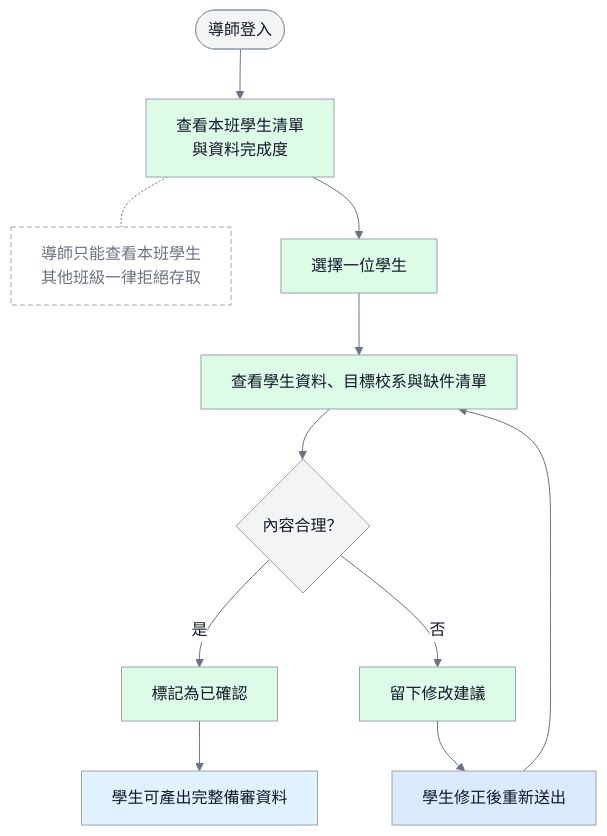
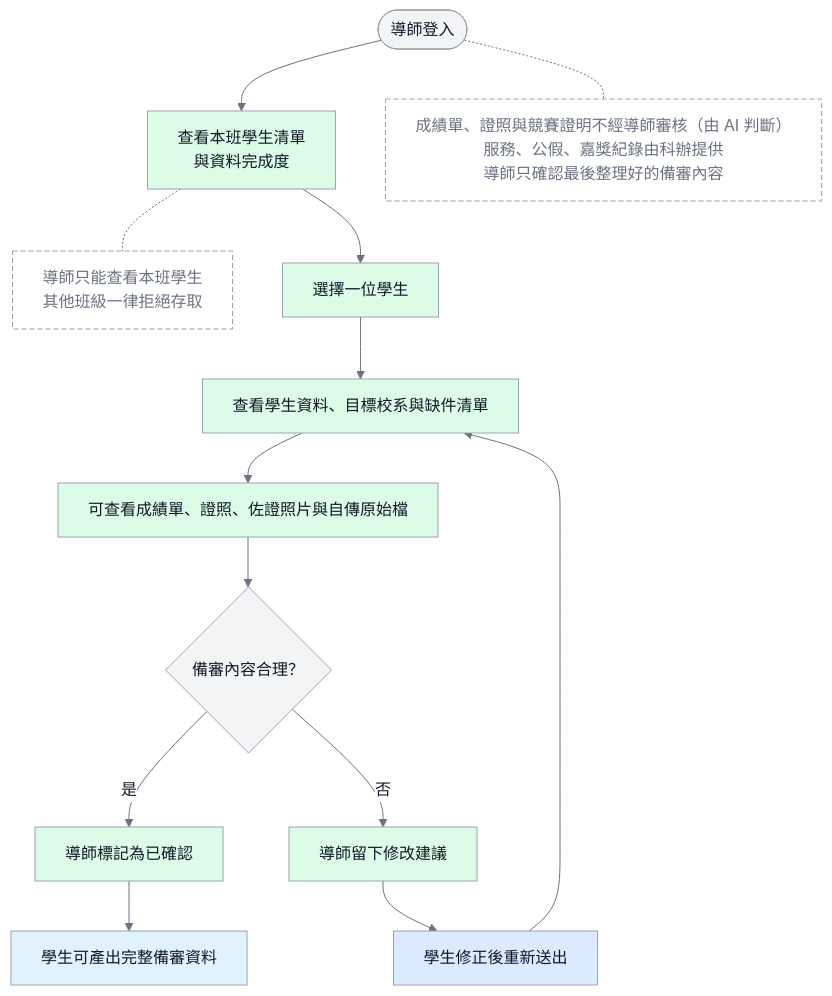
One commit to vujhdcusa/1028 changed the diagram in docs/images/D-16-teacher-confirm-flow.mmd. Above: the diagram before and after it, drawn with Mermaid. The commit also changed 41 other files, not shown here.

First line of the commit message:
docs: update diagrams and spec for department office records and AI feedback

```diff
--- a/docs/images/D-16-teacher-confirm-flow.mmd
+++ b/docs/images/D-16-teacher-confirm-flow.mmd
@@ -1,21 +1,23 @@
 %%{init: {'theme':'base','themeVariables': {'fontFamily':'Microsoft JhengHei, Noto Sans TC, Arial, sans-serif','primaryColor':'#F3F4F6','primaryTextColor':'#111827','primaryBorderColor':'#9CA3AF','lineColor':'#6B7280','edgeLabelBackground':'#FFFFFF'},'flowchart':{'wrappingWidth':400}}}%%
 flowchart TD
     classDef student fill:#DBEAFE,stroke:#9CA3AF,color:#111827,stroke-width:1px;
     classDef teacher fill:#DCFCE7,stroke:#9CA3AF,color:#111827,stroke-width:1px;
     classDef admin fill:#EDE9FE,stroke:#9CA3AF,color:#111827,stroke-width:1px;
     classDef system fill:#E0F2FE,stroke:#9CA3AF,color:#111827,stroke-width:1px;
     classDef store fill:#F3F4F6,stroke:#9CA3AF,color:#111827,stroke-width:1px;
     classDef ai fill:#FFEDD5,stroke:#9CA3AF,color:#111827,stroke-width:1px;
     classDef alert fill:#FEE2E2,stroke:#9CA3AF,color:#111827,stroke-width:1px;
     classDef pending fill:#FFFFFF,stroke:#9CA3AF,color:#6B7280,stroke-width:1px,stroke-dasharray:5 3;
 
     Start([導師登入]) --> List[查看本班學生清單<br/>與資料完成度]:::teacher
     List -.- Scope[導師只能查看本班學生<br/>其他班級一律拒絕存取]:::pending
+    Start -.- NoCert[成績單、證照與競賽證明不經導師審核（由 AI 判斷）<br/>服務、公假、嘉獎紀錄由科辦提供<br/>導師只確認最後整理好的備審內容]:::pending
     List --> Pick[選擇一位學生]:::teacher
     Pick --> View[查看學生資料、目標校系與缺件清單]:::teacher
-    View --> Reasonable{內容合理？}
-    Reasonable -- 是 --> Confirm[標記為已確認]:::teacher
+    View --> Original[可查看成績單、證照、佐證照片與自傳原始檔]:::teacher
+    Original --> Reasonable{備審內容合理？}
+    Reasonable -- 是 --> Confirm[導師標記為已確認]:::teacher
     Confirm --> Ready[學生可產出完整備審資料]:::system
-    Reasonable -- 否 --> Advice[留下修改建議]:::teacher
+    Reasonable -- 否 --> Advice[導師留下修改建議]:::teacher
     Advice --> Fix[學生修正後重新送出]:::student
     Fix --> View
```
